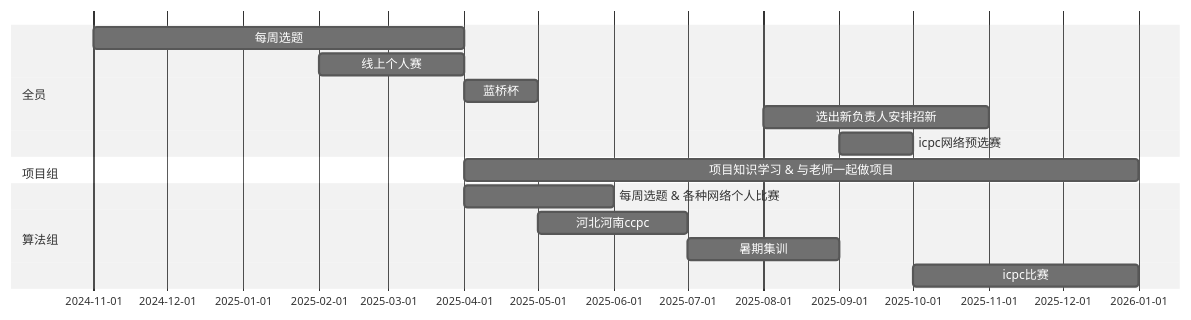
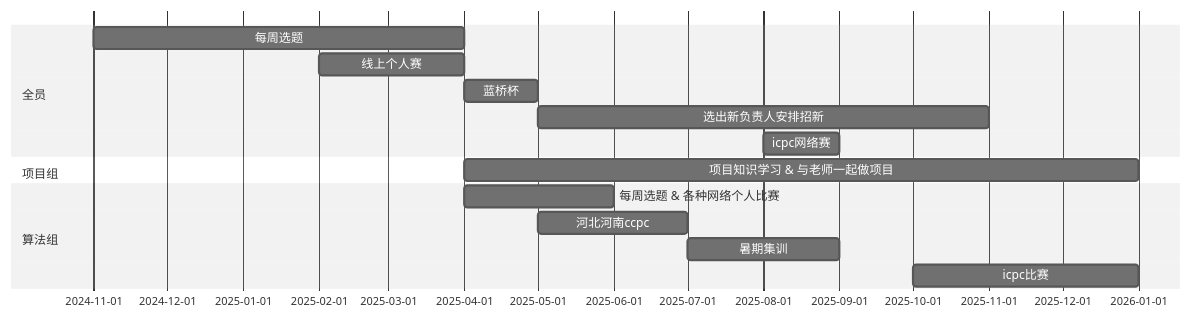
One commit to guaidaokakaxi/TUST-ACM changed the diagram in TUST-ACM-24-训练计划.md. Above: the diagram before and after it, drawn with Mermaid (neutral theme). The commit also changed other lines of this file, not shown here.

````diff
--- a/TUST-ACM-24-训练计划.md
+++ b/TUST-ACM-24-训练计划.md
@@ -35,20 +35,20 @@
 ```mermaid
     gantt
     dateFormat  YYYY-MM
 
     section 全员
     每周选题 : a1, 2024-11, 2025-04
     线上个人赛 : a1, 2025-02, 2025-04
     蓝桥杯 : a2, 2025-04, 2025-05
-    选出新负责人安排招新 : a3, 2025-08, 2025-11
-    icpc网络预选赛 : a4, 2025-09, 2025-10
+    选出新负责人安排招新 : a3, 2025-05, 2025-11
+    icpc网络赛 : a4, 2025-08, 2025-09
 
     section 项目组
     项目知识学习 & 与老师一起做项目 :b1, 2025-04, 2026-01
 
     section 算法组
     每周选题 & 各种网络个人比赛 : c1, 2025-04, 2025-06
     河北河南ccpc : c2, 2025-05, 2025-07
     暑期集训 : c3, 2025-07, 2025-09
     icpc比赛 : c4, 2025-10, 2026-01
 ```
````
